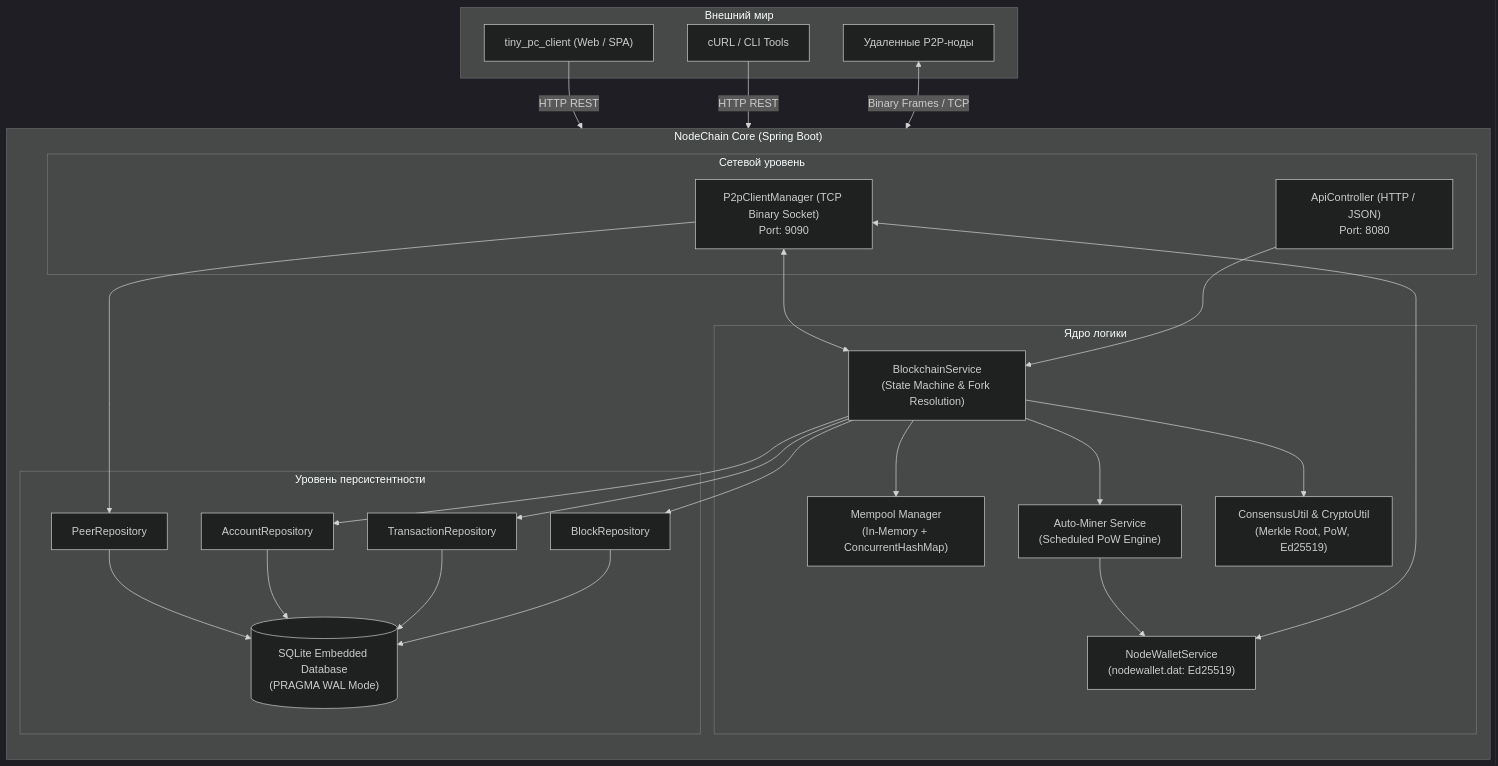
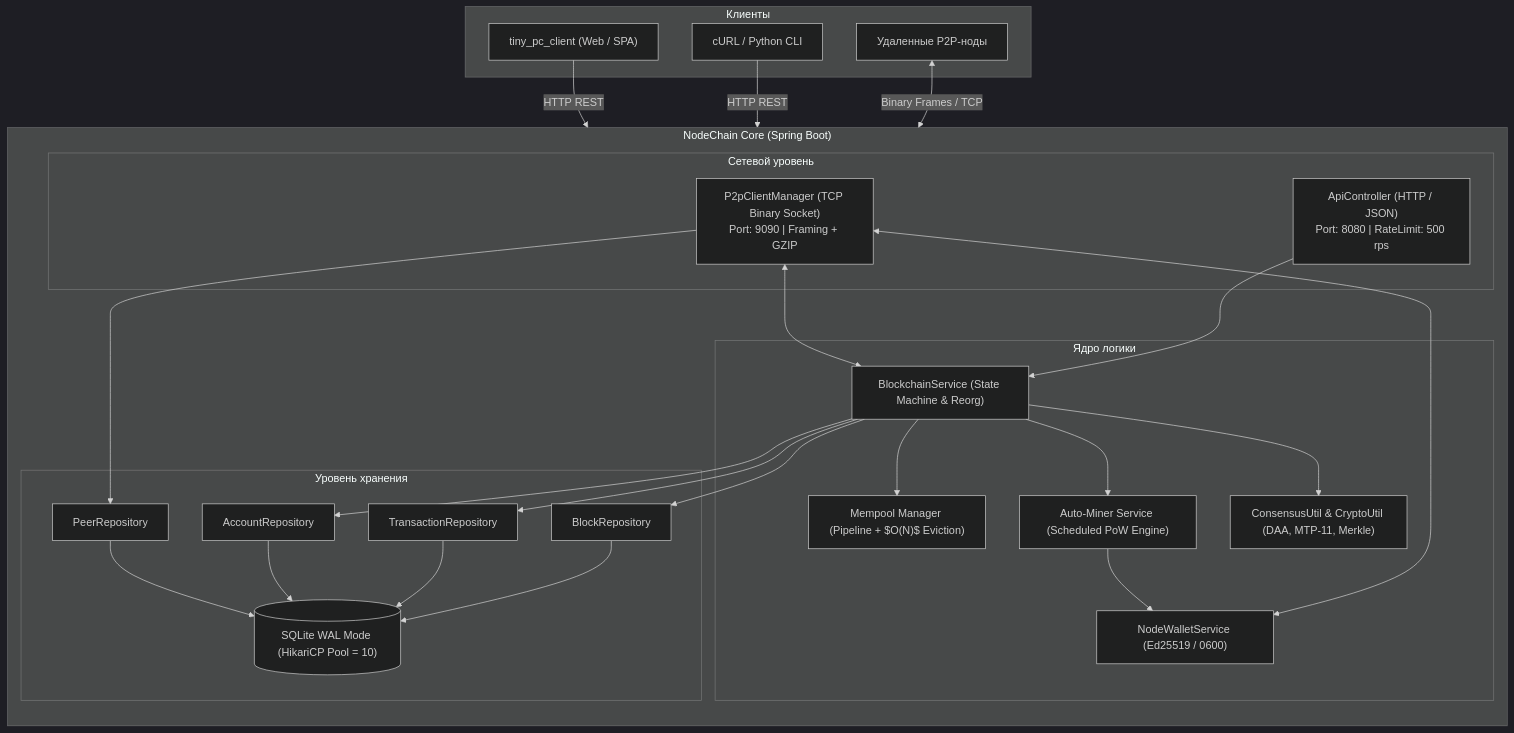
The diagram in README.md (flirsys/nodechain), drawn with Mermaid (dark theme) before and after one commit. The commit also changed other lines of this file and 48 other files, not shown here.

````diff
--- a/README.md
+++ b/README.md
@@ -62,56 +41,56 @@
 ```mermaid
 flowchart TB
-    subgraph Clients["Внешний мир"]
+    subgraph Clients["Клиенты"]
         Web["tiny_pc_client (Web / SPA)"]
-        CLI[cURL / CLI Tools]
-        PeerNode[Удаленные P2P-ноды]
+        CLI[cURL / Python CLI]
+        Peers[Удаленные P2P-ноды]
     end
 
     subgraph NodeChain["NodeChain Core (Spring Boot)"]
         direction TB
 
         subgraph Ingress["Сетевой уровень"]
-            REST["ApiController (HTTP / JSON)\nPort: 8080"]
-            P2P["P2pClientManager (TCP Binary Socket)\nPort: 9090"]
+            REST["ApiController (HTTP / JSON)\nPort: 8080 | RateLimit: 500 rps"]
+            P2P["P2pClientManager (TCP Binary Socket)\nPort: 9090 | Framing + GZIP"]
         end
 
         subgraph Engine["Ядро логики"]
-            Wallet["NodeWalletService\n(nodewallet.dat: Ed25519)"]
-            Mempool["Mempool Manager\n(In-Memory + ConcurrentHashMap)"]
-            Miner["Auto-Miner Service\n(Scheduled PoW Engine)"]
-            Blockchain["BlockchainService\n(State Machine & Fork Resolution)"]
-            Consensus["ConsensusUtil & CryptoUtil\n(Merkle Root, PoW, Ed25519)"]
+            Wallet["NodeWalletService (Ed25519 / 0600)"]
+            Mempool["Mempool Manager (Pipeline + $O(N)$ Eviction)"]
+            Miner["Auto-Miner Service (Scheduled PoW Engine)"]
+            Blockchain["BlockchainService (State Machine & Reorg)"]
+            Consensus["ConsensusUtil & CryptoUtil (DAA, MTP-11, Merkle)"]
         end
 
-        subgraph Storage["Уровень персистентности"]
+        subgraph Storage["Уровень хранения"]
             RepoBlock["BlockRepository"]
             RepoTx["TransactionRepository"]
             RepoAcc["AccountRepository"]
             RepoPeer["PeerRepository"]
-            SQLite[("SQLite Embedded Database\n(PRAGMA WAL Mode)")]
+            SQLite[("SQLite WAL Mode (HikariCP Pool = 10)")]
         end
     end
 
     Web -->|HTTP REST| REST
     CLI -->|HTTP REST| REST
-    PeerNode <-->|Binary Frames / TCP| P2P
+    Peers <-->|Binary Frames / TCP| P2P
 
     REST --> Blockchain
     P2P <--> Blockchain
     P2P <--> Wallet
 
     Blockchain --> Mempool
     Blockchain --> Miner
     Blockchain --> Consensus
     Miner --> Wallet
 
     Blockchain --> RepoBlock
     Blockchain --> RepoTx
     Blockchain --> RepoAcc
     P2P --> RepoPeer
 
     RepoBlock --> SQLite
     RepoTx --> SQLite
     RepoAcc --> SQLite
     RepoPeer --> SQLite
 ```
````
